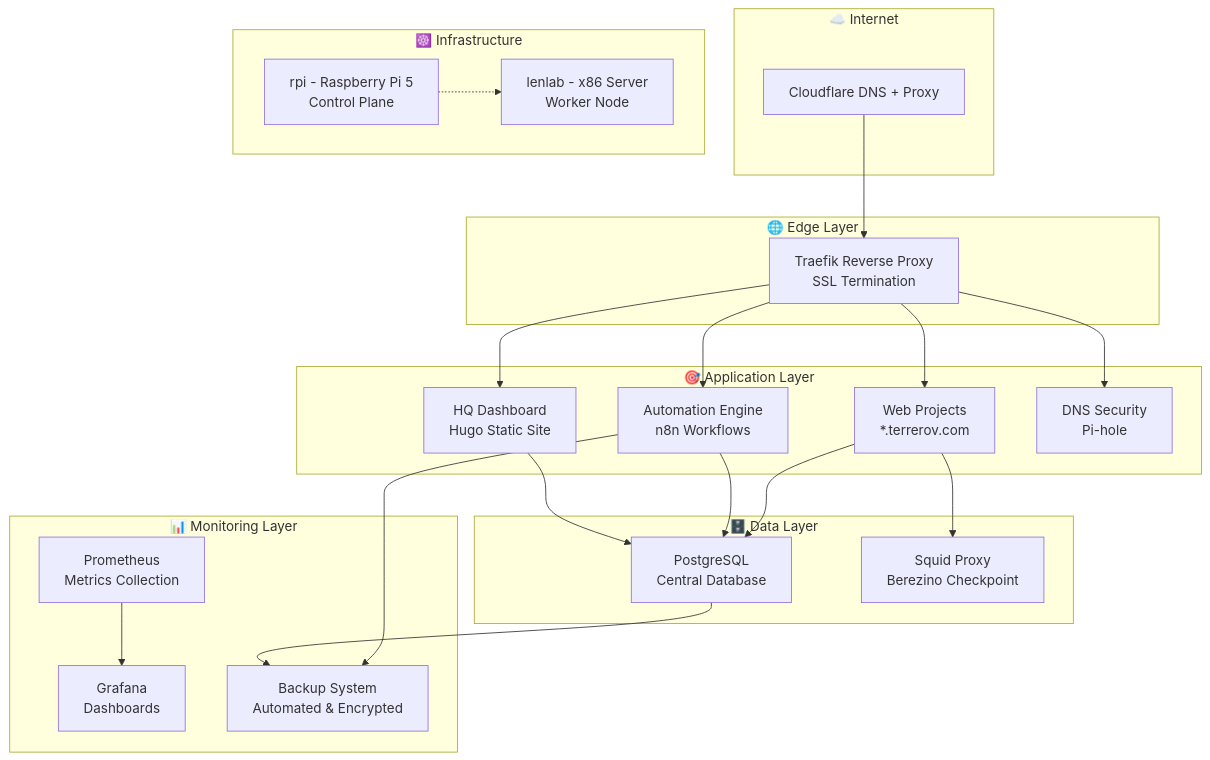
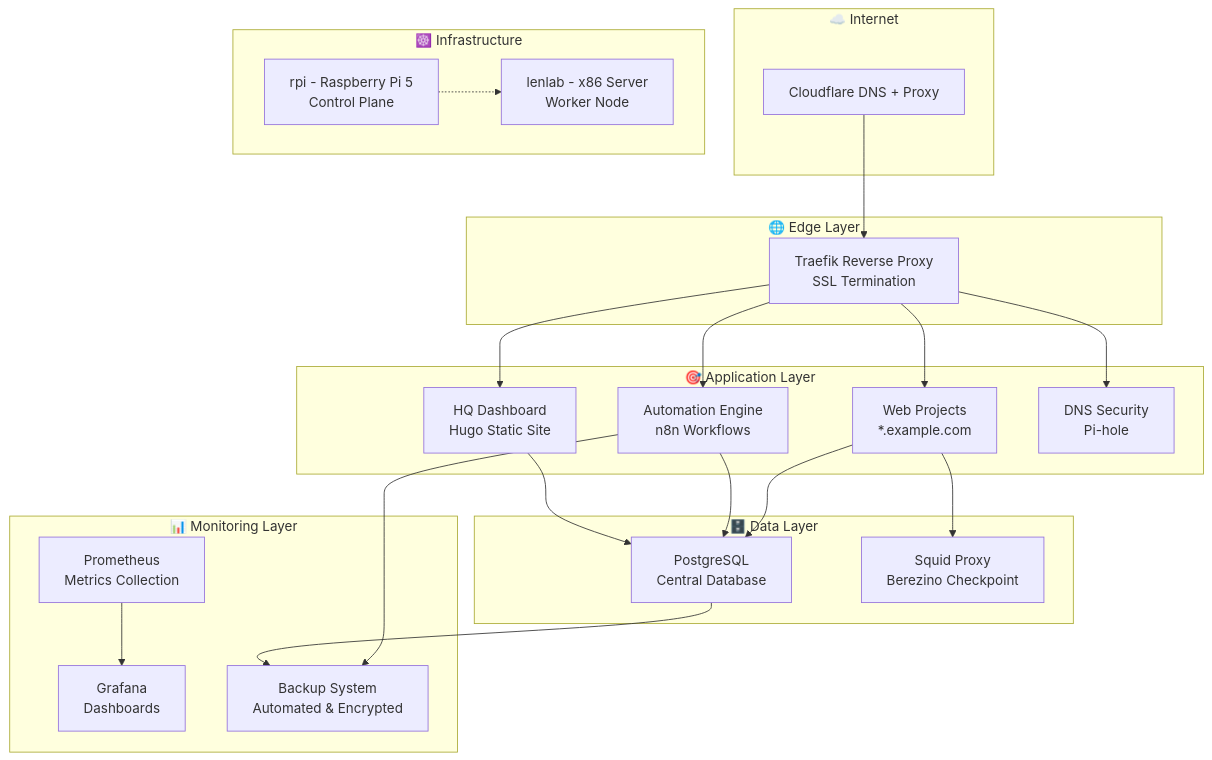
The diagram in README.md (terrerovgh/surviving-chernarus), drawn with Mermaid before and after one commit. The commit also changed other lines of this file and 12 other files, not shown here.

````diff
--- a/README.md
+++ b/README.md
@@ -41,50 +41,50 @@
 ```mermaid
 graph TB
     subgraph "☁️ Internet"
         CF[Cloudflare DNS + Proxy]
     end
 
     subgraph "🌐 Edge Layer"
         TR[Traefik Reverse Proxy<br/>SSL Termination]
     end
 
     subgraph "🎯 Application Layer"
         HUGO[HQ Dashboard<br/>Hugo Static Site]
         N8N[Automation Engine<br/>n8n Workflows]
-        WEB[Web Projects<br/>*.terrerov.com]
+        WEB[Web Projects<br/>*.example.com]
         PH[DNS Security<br/>Pi-hole]
     end
 
     subgraph "🗄️ Data Layer"
         PG[PostgreSQL<br/>Central Database]
         SQUID[Squid Proxy<br/>Berezino Checkpoint]
     end
 
     subgraph "📊 Monitoring Layer"
         PROM[Prometheus<br/>Metrics Collection]
         GRAF[Grafana<br/>Dashboards]
         BACKUP[Backup System<br/>Automated & Encrypted]
     end
 
     subgraph "☸️ Infrastructure"
         RPI[rpi - Raspberry Pi 5<br/>Control Plane]
         LENLAB[lenlab - x86 Server<br/>Worker Node]
     end
 
     CF --> TR
     TR --> HUGO
     TR --> N8N
     TR --> WEB
     TR --> PH
 
     HUGO --> PG
     N8N --> PG
     WEB --> PG
     WEB --> SQUID
 
     PROM --> GRAF
     PG --> BACKUP
     N8N --> BACKUP
 
     RPI -.-> LENLAB
 ```
````
